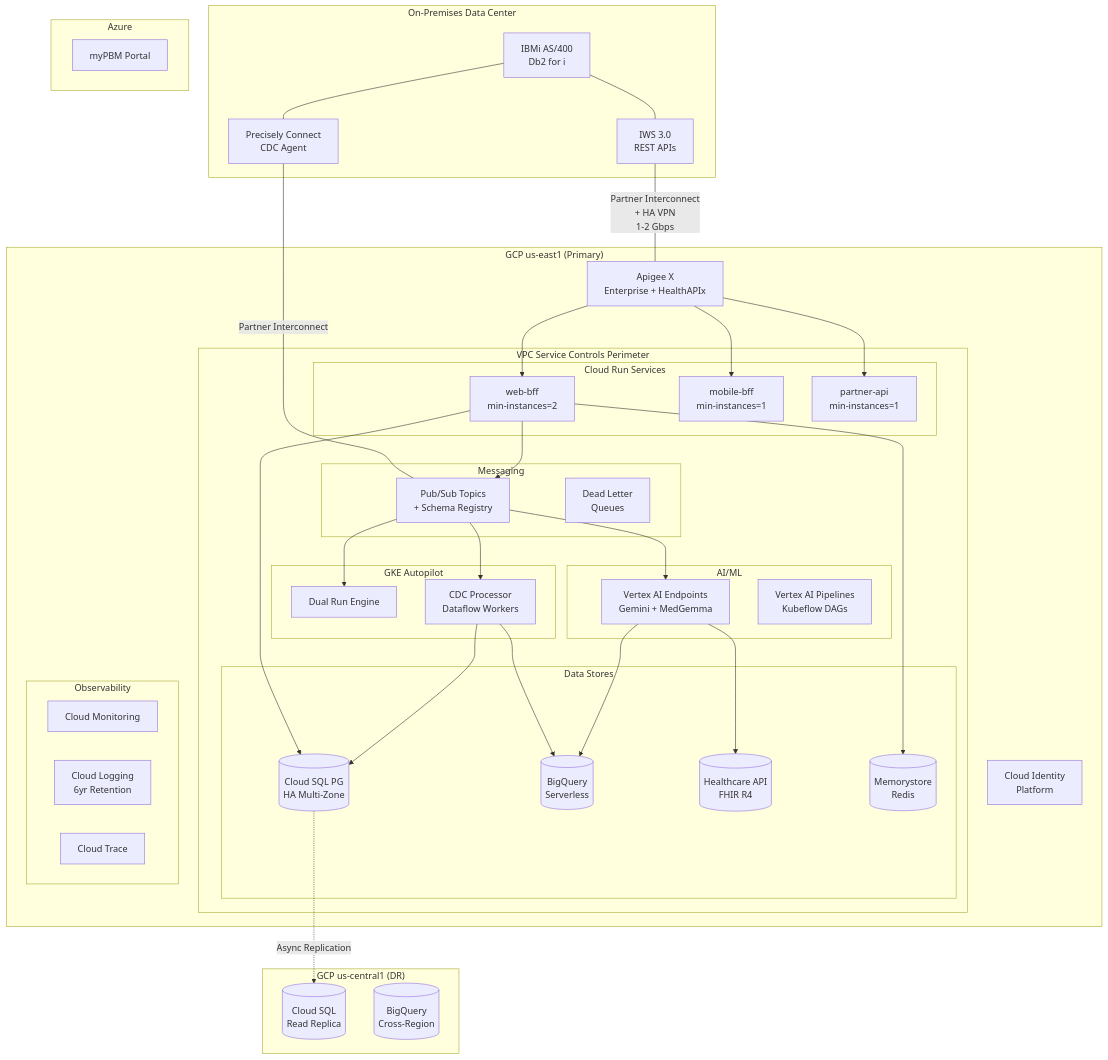
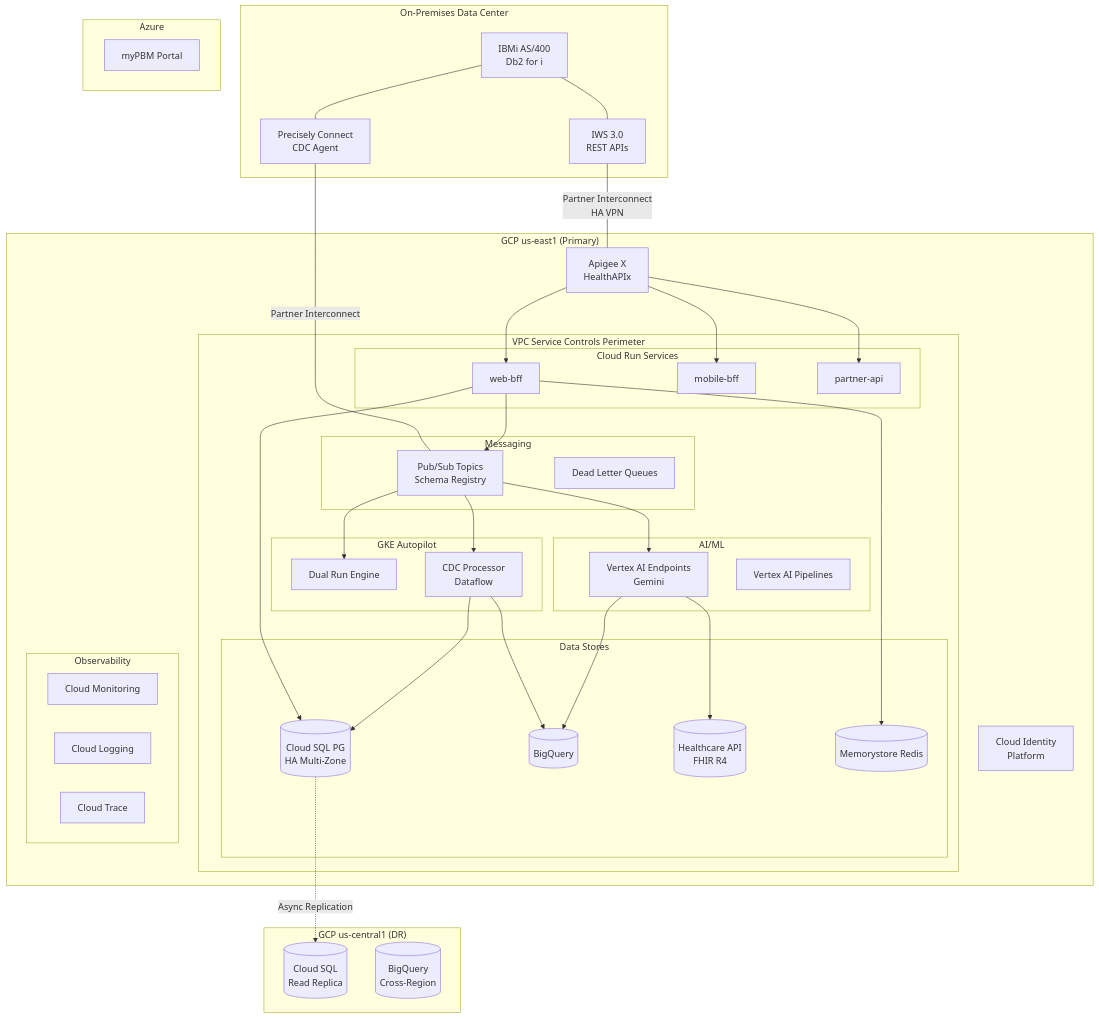
Before and after one commit to Modular-Earth-LLC/solutions-architecture-agent: the fifth of 7 diagrams in outputs/cvs-legacy-transformation/solution-architecture-document.md, drawn with Mermaid. The commit also changed other lines of this file and 5 other files, not shown here.

First line of the commit message:
fix(diagrams): apply Mermaid quality rules across all diagrams and generation code

````diff
--- a/outputs/cvs-legacy-transformation/solution-architecture-document.md
+++ b/outputs/cvs-legacy-transformation/solution-architecture-document.md
@@ -421,63 +432,71 @@
 ```mermaid
-graph TB
+flowchart TB
     subgraph "GCP us-east1 (Primary)"
         subgraph "VPC Service Controls Perimeter"
             subgraph "Cloud Run Services"
-                CR1[web-bff<br/>min-instances=2]
-                CR2[mobile-bff<br/>min-instances=1]
-                CR3[partner-api<br/>min-instances=1]
+                CR1["web-bff"]
+                CR2["mobile-bff"]
+                CR3["partner-api"]
             end
             subgraph "GKE Autopilot"
-                DR[Dual Run Engine]
-                CDC[CDC Processor<br/>Dataflow Workers]
+                DR["Dual Run Engine"]
+                CDC_PROC["CDC Processor<br/>Dataflow"]
             end
             subgraph "AI/ML"
-                VAI[Vertex AI Endpoints<br/>Gemini + MedGemma]
-                PIPE[Vertex AI Pipelines<br/>Kubeflow DAGs]
+                VAI["Vertex AI Endpoints<br/>Gemini"]
+                PIPE["Vertex AI Pipelines"]
             end
             subgraph "Data Stores"
-                PG[(Cloud SQL PG<br/>HA Multi-Zone)]
-                BQ2[(BigQuery<br/>Serverless)]
-                FHIR2[(Healthcare API<br/>FHIR R4)]
-                REDIS[(Memorystore<br/>Redis)]
+                PG[("Cloud SQL PG<br/>HA Multi-Zone")]
+                BQ2[("BigQuery")]
+                FHIR2[("Healthcare API<br/>FHIR R4")]
+                REDIS[("Memorystore Redis")]
             end
             subgraph "Messaging"
-                PS[Pub/Sub Topics<br/>+ Schema Registry]
-                DLQ[Dead Letter<br/>Queues]
+                PS["Pub/Sub Topics<br/>Schema Registry"]
+                DLQ["Dead Letter Queues"]
             end
         end
-        APG[Apigee X<br/>Enterprise + HealthAPIx]
-        CIP[Cloud Identity<br/>Platform]
+        APG["Apigee X<br/>HealthAPIx"]
+        CIP_DEPLOY["Cloud Identity<br/>Platform"]
         subgraph "Observability"
-            MON[Cloud Monitoring]
-            LOG[Cloud Logging<br/>6yr Retention]
-            TRC[Cloud Trace]
+            MON["Cloud Monitoring"]
+            LOG["Cloud Logging"]
+            TRC["Cloud Trace"]
         end
     end
 
     subgraph "GCP us-central1 (DR)"
-        DR_PG[(Cloud SQL<br/>Read Replica)]
-        DR_BQ[(BigQuery<br/>Cross-Region)]
+        DR_PG[("Cloud SQL<br/>Read Replica")]
+        DR_BQ[("BigQuery<br/>Cross-Region")]
     end
 
     subgraph "On-Premises Data Center"
-        IBMI2[IBMi AS/400<br/>Db2 for i]
-        IWS2[IWS 3.0<br/>REST APIs]
-        PREC[Precisely Connect<br/>CDC Agent]
+        IBMI2["IBMi AS/400<br/>Db2 for i"]
+        IWS2["IWS 3.0<br/>REST APIs"]
+        PREC["Precisely Connect<br/>CDC Agent"]
     end
 
     subgraph "Azure"
-        MYPBM2[myPBM Portal]
+        MYPBM2["myPBM Portal"]
     end
 
     IBMI2 --- IWS2
     IBMI2 --- PREC
-    IWS2 ---|Partner Interconnect<br/>+ HA VPN<br/>1-2 Gbps| APG
-    PREC ---|Partner Interconnect| PS
-    APG --> CR1 & CR2 & CR3
-    CR1 --> PG & REDIS & PS
-    PS --> CDC & DR & VAI
-    CDC --> PG & BQ2
-    VAI --> FHIR2 & BQ2
-    PG -.->|Async Replication| DR_PG
+    IWS2 ---|"Partner Interconnect<br/>HA VPN"| APG
+    PREC ---|"Partner Interconnect"| PS
+    APG --> CR1
+    APG --> CR2
+    APG --> CR3
+    CR1 --> PG
+    CR1 --> REDIS
+    CR1 --> PS
+    PS --> CDC_PROC
+    PS --> DR
+    PS --> VAI
+    CDC_PROC --> PG
+    CDC_PROC --> BQ2
+    VAI --> FHIR2
+    VAI --> BQ2
+    PG -.->|"Async Replication"| DR_PG
 ```
````
